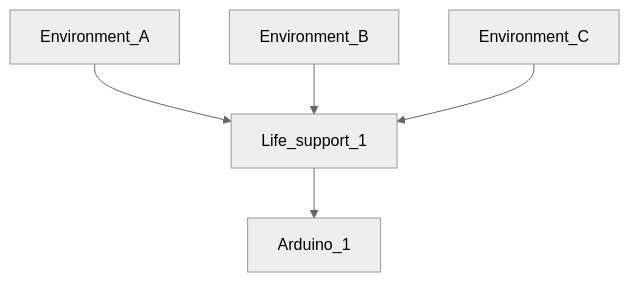
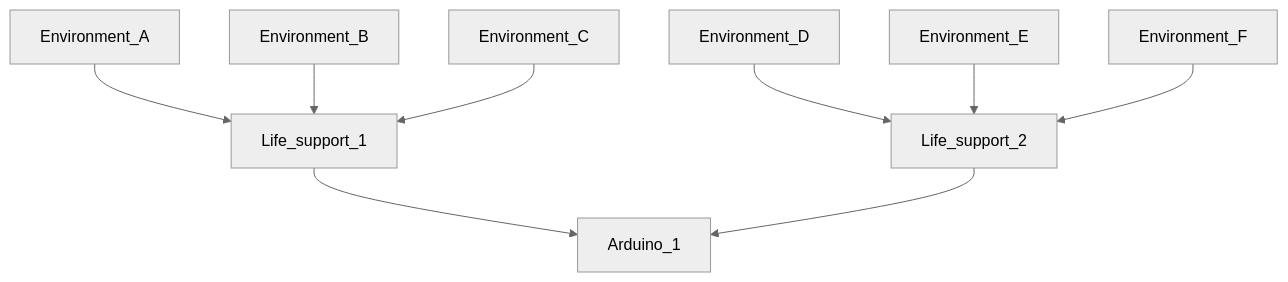
The second of 2 diagrams in README.md (StevenAndrewsII/Fung_OS), drawn with Mermaid (neutral theme) before and after one commit.

````diff
--- a/README.md
+++ b/README.md
@@ -78,7 +78,10 @@
 ```mermaid
 graph TD;
     Environment_A-->Life_support_1-->Arduino_1;
     Environment_B-->Life_support_1;
     Environment_C-->Life_support_1;
+    Environment_D-->Life_support_2-->Arduino_1;
+    Environment_E-->Life_support_2;
+    Environment_F-->Life_support_2;
   
 ```
````
